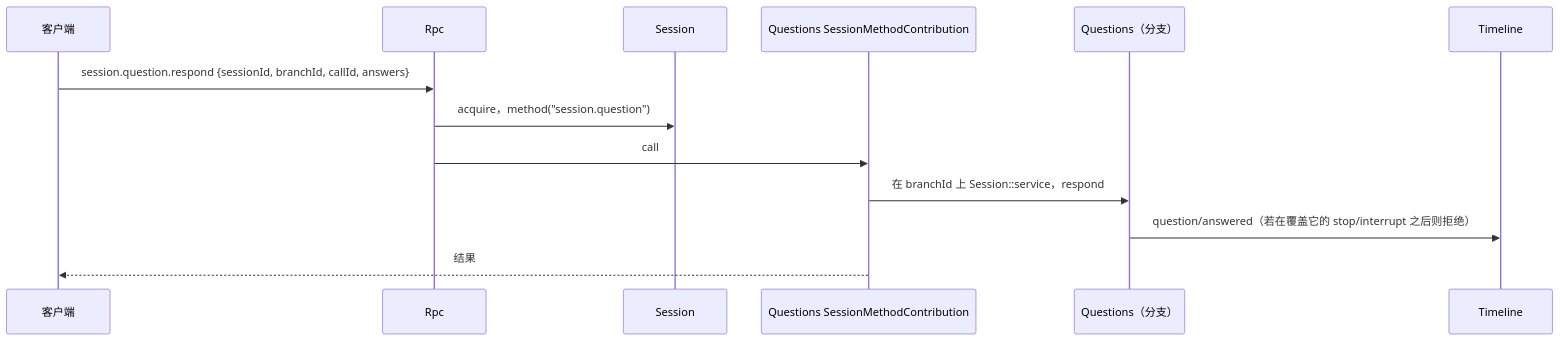
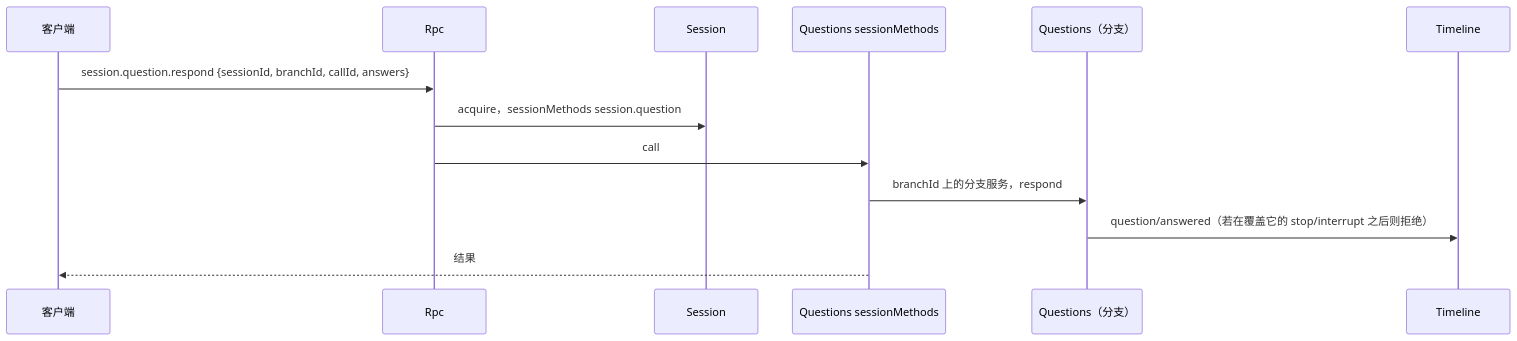
Before and after one commit to CoutinhoTTS/dim-agent: the sixth of 8 diagrams in docs/zh/design/overview.md, drawn with Mermaid. The commit also changed other lines of this file and 18 other files, not shown here.

````diff
--- a/docs/zh/design/overview.md
+++ b/docs/zh/design/overview.md
@@ -229,15 +248,15 @@
 ```mermaid
 sequenceDiagram
   participant CL as 客户端
   participant Rpc as Rpc
   participant S as Session
-  participant QS as Questions SessionMethodContribution
+  participant QS as Questions sessionMethods
   participant QB as Questions（分支）
   participant TL as Timeline
   CL->>Rpc: session.question.respond {sessionId, branchId, callId, answers}
-  Rpc->>S: acquire，method("session.question")
+  Rpc->>S: acquire，sessionMethods session.question
   Rpc->>QS: call
-  QS->>QB: 在 branchId 上 Session::service，respond
+  QS->>QB: branchId 上的分支服务，respond
   QB->>TL: question/answered（若在覆盖它的 stop/interrupt 之后则拒绝）
   QS-->>CL: 结果
 ```
````
